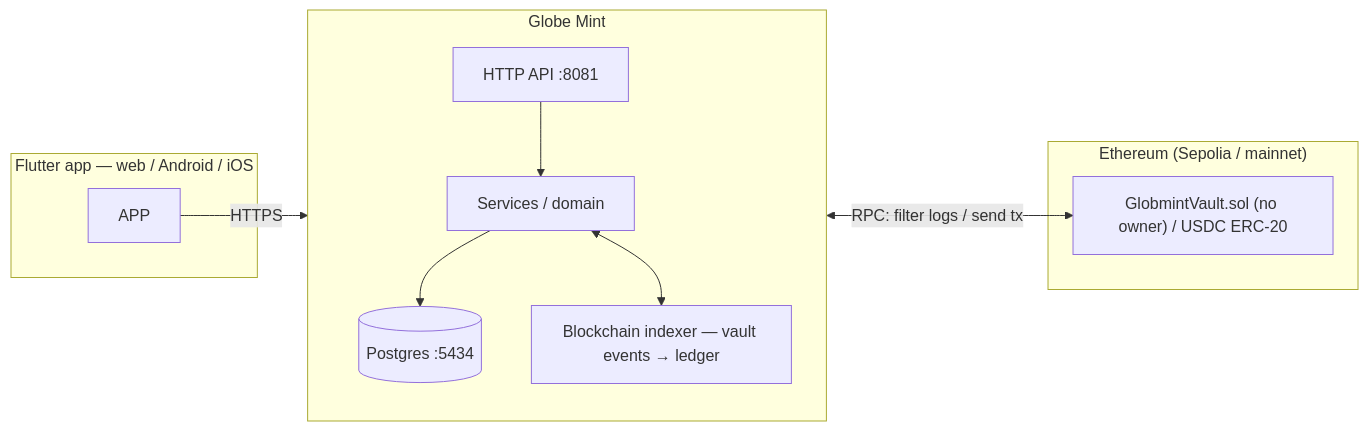
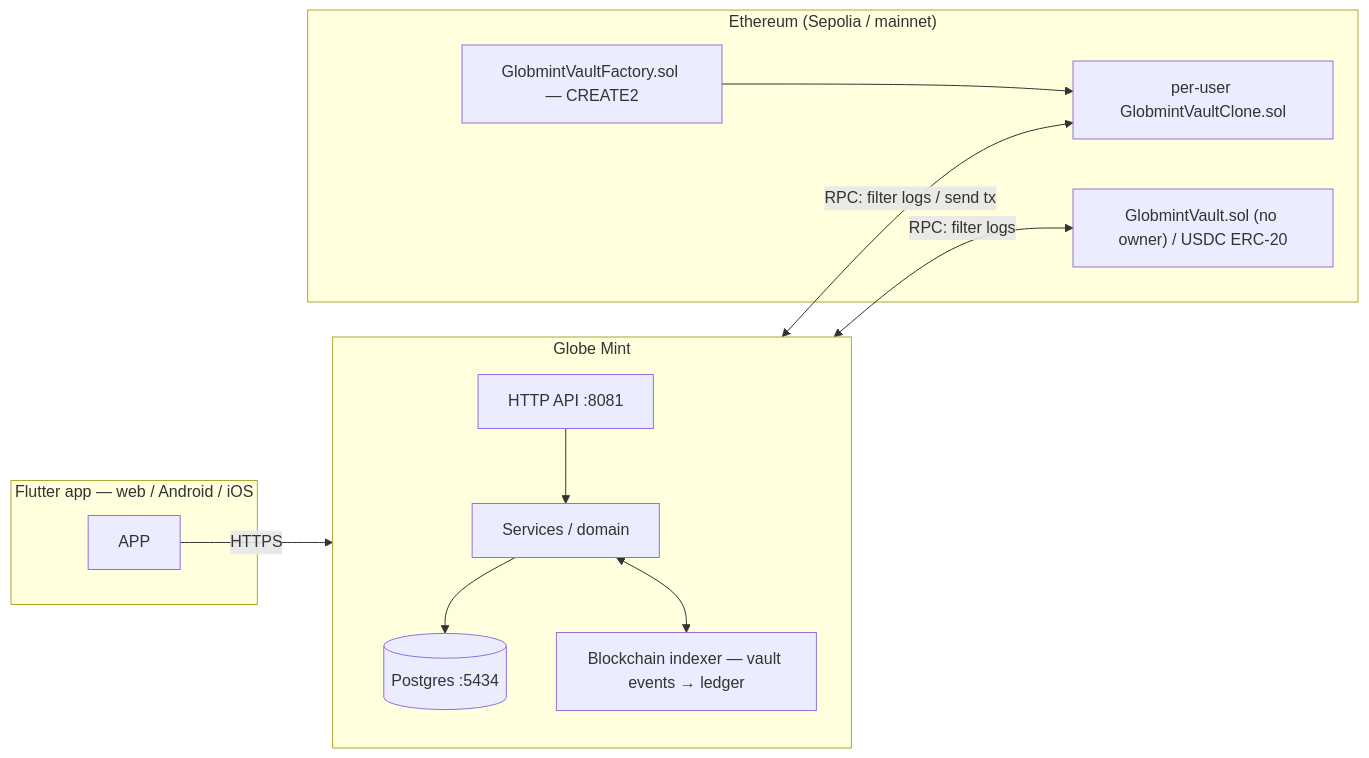
One commit to divineshedrack33220/globmint changed the second of 10 diagrams in README.md. Above: the diagram before and after it, drawn with Mermaid. The commit also changed other lines of this file and 21 other files, not shown here.

````diff
--- a/README.md
+++ b/README.md
@@ -76,17 +82,19 @@
 ```mermaid
 flowchart LR
     subgraph Client["Flutter app — web / Android / iOS"]
         APP
     end
     subgraph GM["Globe Mint"]
         direction TB
         API["HTTP API :8081"] --> SVC[Services / domain]
         SVC --> PG[(Postgres :5434)]
         SVC <--> IDX["Blockchain indexer — vault events → ledger"]
     end
     subgraph CHAIN["Ethereum (Sepolia / mainnet)"]
+        FACTORY["GlobmintVaultFactory.sol — CREATE2"] --> CLONE["per-user GlobmintVaultClone.sol"]
         VAULT["GlobmintVault.sol (no owner) / USDC ERC-20"]
     end
     APP -- HTTPS --> API
-    IDX <--> |"RPC: filter logs / send tx"| VAULT
+    IDX <--> |"RPC: filter logs / send tx"| CLONE
+    IDX <--> |"RPC: filter logs"| VAULT
 ```
````
